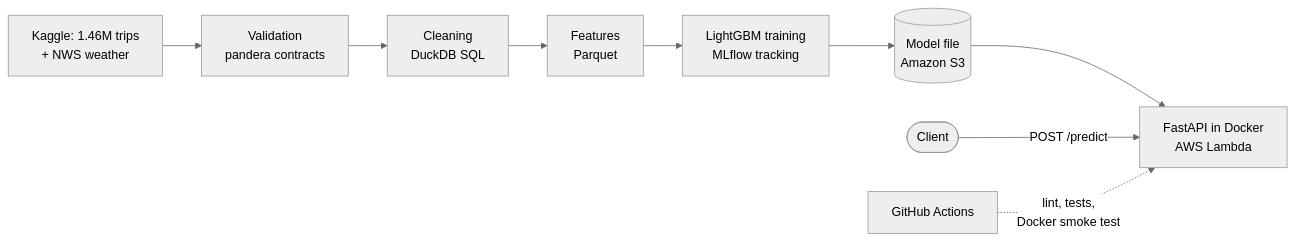
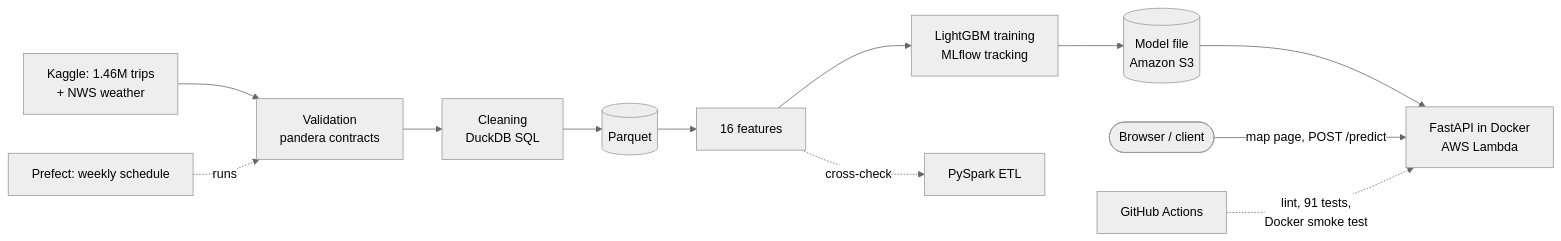
Before and after one commit to Fatema-alam43/ml-pipeline-nyc-taxi-trip-duration: the first of 2 diagrams in README.md, drawn with Mermaid (neutral theme). The commit also changed other lines of this file and 5 other files, not shown here.

````diff
--- a/README.md
+++ b/README.md
@@ -48,11 +60,14 @@
 ```mermaid
 flowchart LR
     K[Kaggle: 1.46M trips<br/>+ NWS weather] --> V[Validation<br/>pandera contracts]
     V --> C[Cleaning<br/>DuckDB SQL]
-    C --> F[Features<br/>Parquet]
+    C --> P[(Parquet)]
+    P --> F[16 features]
     F --> T[LightGBM training<br/>MLflow tracking]
+    F -. cross-check .-> S[PySpark ETL]
     T --> M[(Model file<br/>Amazon S3)]
     M --> L[FastAPI in Docker<br/>AWS Lambda]
-    U([Client]) -- POST /predict --> L
-    CI[GitHub Actions] -. lint, tests,<br/>Docker smoke test .-> L
+    U([Browser / client]) -- map page, POST /predict --> L
+    O[Prefect: weekly schedule] -. runs .-> V
+    CI[GitHub Actions] -. lint, 91 tests,<br/>Docker smoke test .-> L
 ```
````
